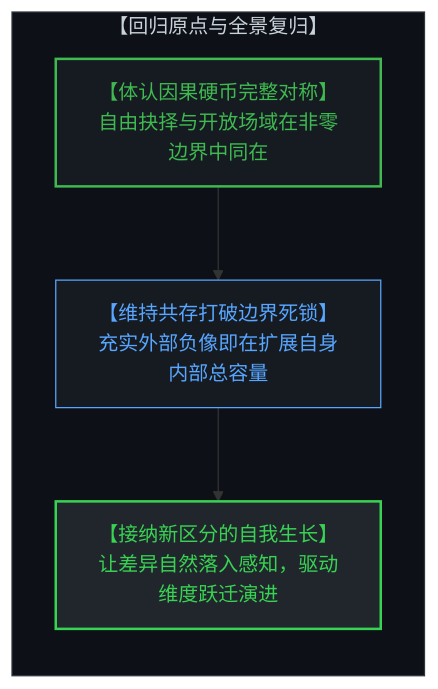
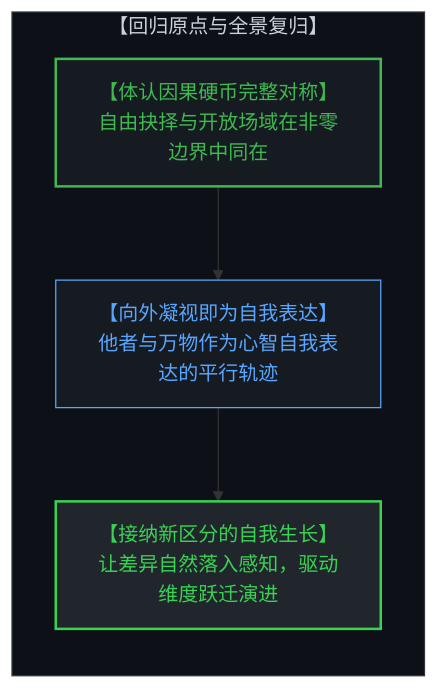
Before and after one commit to powerpig99/not-a-toe: the ninth of 9 diagrams in content/posts/the-geometry-of-coexistence-and-the-dual-cut.md, drawn with Mermaid. The commit also changed other lines of this file and 3 other files, not shown here.

Commit message:
Integrate outward gazing as creative self-expression of the Mind into Post 312

````diff
--- a/content/posts/the-geometry-of-coexistence-and-the-dual-cut.md
+++ b/content/posts/the-geometry-of-coexistence-and-the-dual-cut.md
@@ -295,15 +298,15 @@
 ```mermaid
 graph TD
     subgraph GenerativeTension["【回归原点与全景复归】"]
         direction TB
         RecognizeCoPresence["【体认因果硬币完整对称】<br>自由抉择与开放场域在非零边界中同在"]
-        MaintainCoexistence["【维持共存打破边界死锁】<br>充实外部负像即在扩展自身内部总容量"]
+        OutwardSelfExpression["【向外凝视即为自我表达】<br>他者与万物作为心智自我表达的平行轨迹"]
         ContinuousDistinction["【接纳新区分的自我生长】<br>让差异自然落入感知，驱动维度跃迁演进"]
-        RecognizeCoPresence --> MaintainCoexistence
-        MaintainCoexistence --> ContinuousDistinction
+        RecognizeCoPresence --> OutwardSelfExpression
+        OutwardSelfExpression --> ContinuousDistinction
     end
     style GenerativeTension fill:#0d1117,stroke:#30363d,stroke-width:1px,color:#c9d1d9
     style RecognizeCoPresence fill:#161b22,stroke:#3fb950,stroke-width:2px,color:#3fb950
-    style MaintainCoexistence fill:#161b22,stroke:#58a6ff,stroke-width:1px,color:#58a6ff
+    style OutwardSelfExpression fill:#161b22,stroke:#58a6ff,stroke-width:1px,color:#58a6ff
     style ContinuousDistinction fill:#21262d,stroke:#39d353,stroke-width:2px,color:#39d353
 ```
````
